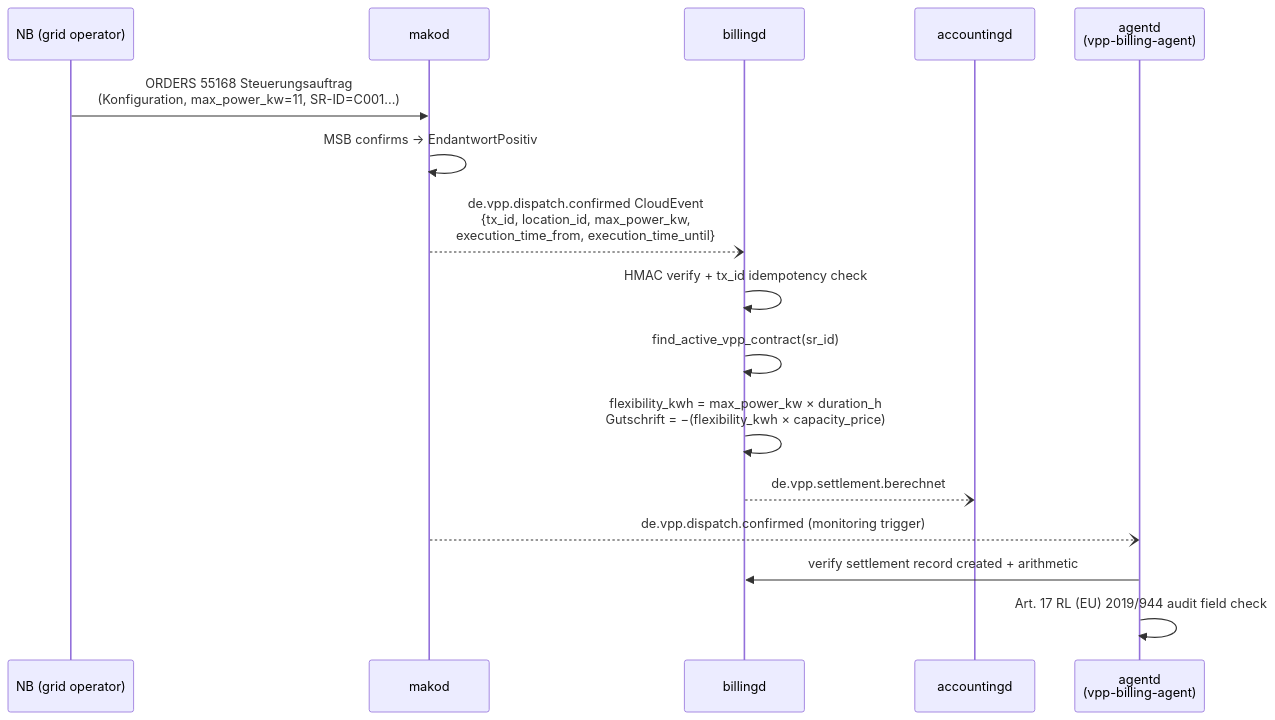
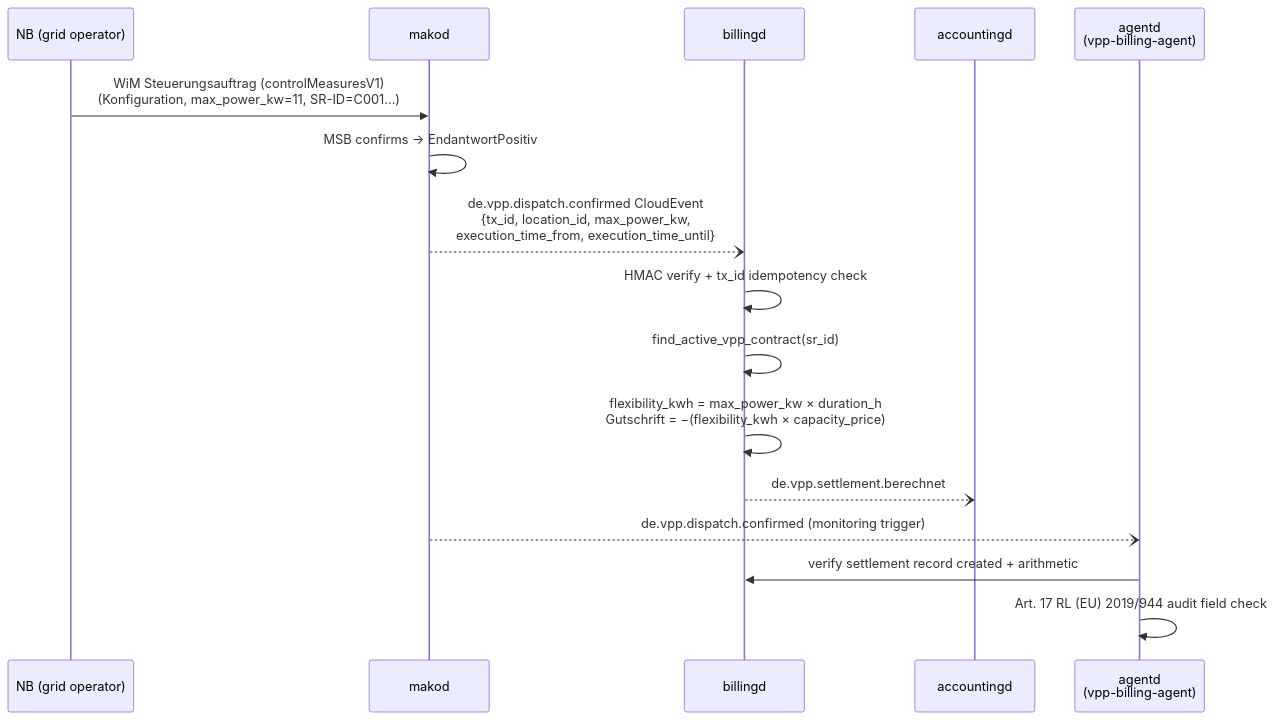
One commit to hupe1980/mako changed the fourth of 4 diagrams in site/content/docs/services/billingd.md. Above: the diagram before and after it, drawn with Mermaid. The commit also changed other lines of this file and 490 other files, not shown here.

````diff
--- a/site/content/docs/services/billingd.md
+++ b/site/content/docs/services/billingd.md
@@ -1483,19 +1544,19 @@
 ```mermaid
 sequenceDiagram
     participant NB as NB (grid operator)
     participant makod
     participant billingd
     participant accountingd
     participant agentd as agentd<br/>(vpp-billing-agent)
 
-    NB->>makod: ORDERS 55168 Steuerungsauftrag<br/>(Konfiguration, max_power_kw=11, SR-ID=C001...)
+    NB->>makod: WiM Steuerungsauftrag (controlMeasuresV1)<br/>(Konfiguration, max_power_kw=11, SR-ID=C001...)
     makod->>makod: MSB confirms → EndantwortPositiv
     makod--)billingd: de.vpp.dispatch.confirmed CloudEvent<br/>{tx_id, location_id, max_power_kw,<br/>execution_time_from, execution_time_until}
     billingd->>billingd: HMAC verify + tx_id idempotency check
     billingd->>billingd: find_active_vpp_contract(sr_id)
     billingd->>billingd: flexibility_kwh = max_power_kw × duration_h<br/>Gutschrift = −(flexibility_kwh × capacity_price)
     billingd--)accountingd: de.vpp.settlement.berechnet
     makod--)agentd: de.vpp.dispatch.confirmed (monitoring trigger)
     agentd->>billingd: verify settlement record created + arithmetic
     agentd->>agentd: Art. 17 RL (EU) 2019/944 audit field check
 ```
````
